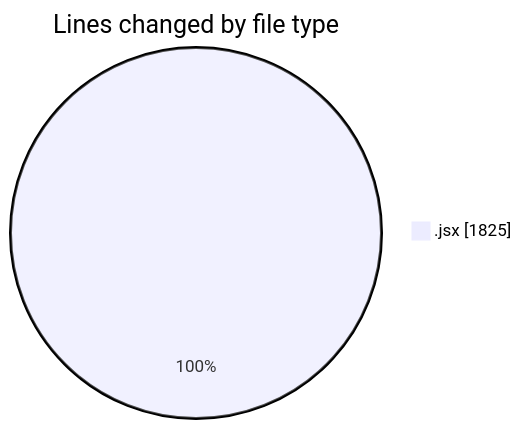
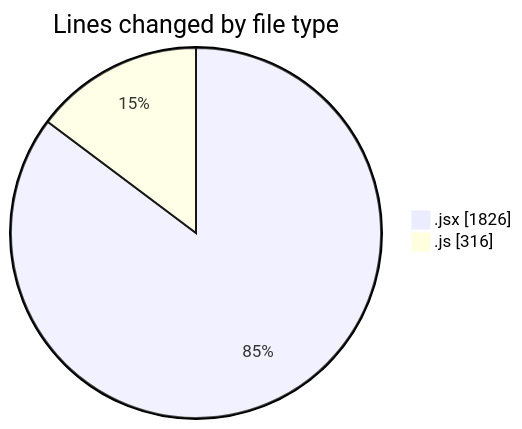
The first of 2 diagrams in 2025-07-13/argos/README.md (nxtqubesakshisongat/code-tracking), drawn with Mermaid before and after one commit. The commit also changed other lines of this file and 1 other file, not shown here.

````diff
--- a/2025-07-13/argos/README.md
+++ b/2025-07-13/argos/README.md
@@ -20,5 +21,6 @@
 ```mermaid
 pie showData
 title Lines changed by file type
-".jsx" : 1825
+".jsx" : 1826
+".js" : 316
 ```
````
